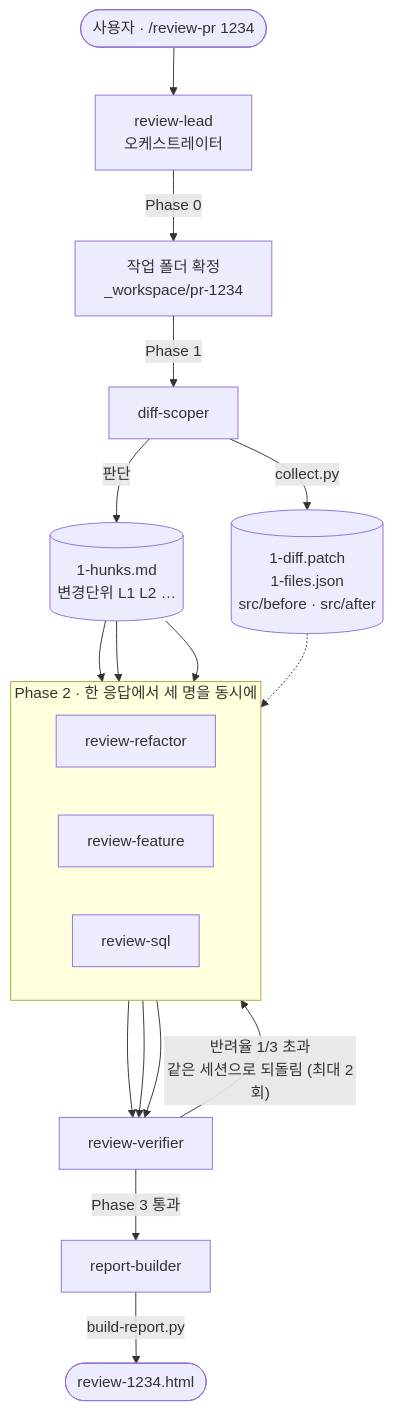
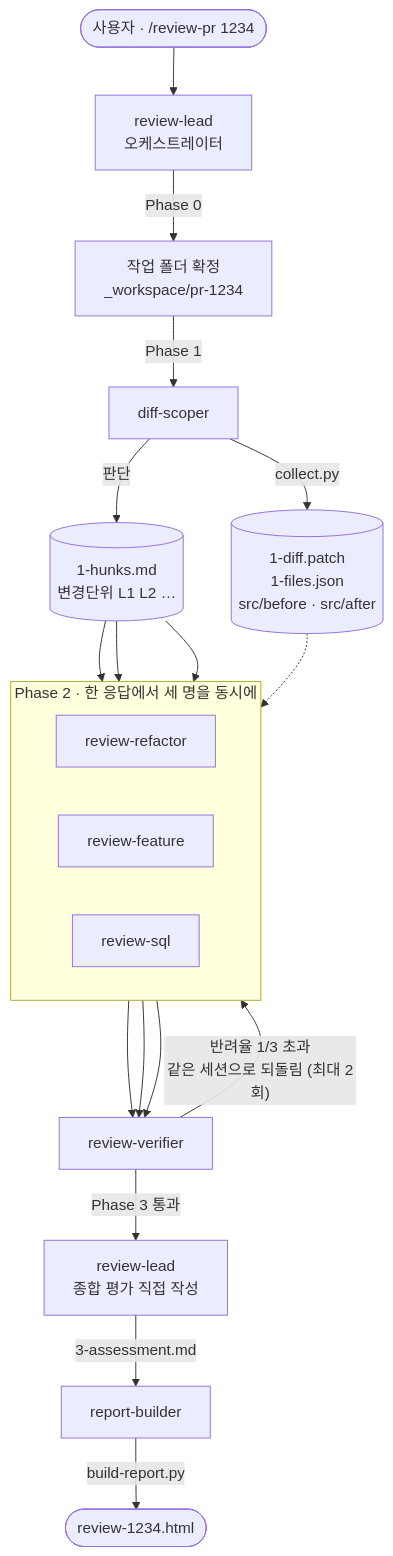
Before and after one commit to Wookshin/opencode-harness-samples: the diagram in 08-code-review-oi/docs/how-it-works.md, drawn with Mermaid. The commit also changed other lines of this file and 9 other files, not shown here.

````diff
--- a/08-code-review-oi/docs/how-it-works.md
+++ b/08-code-review-oi/docs/how-it-works.md
@@ -43,28 +43,29 @@
 ```mermaid
 flowchart TD
     U(["사용자 · /review-pr 1234"]) --> L["review-lead<br/>오케스트레이터"]
     L -- "Phase 0" --> W["작업 폴더 확정<br/>_workspace/pr-1234"]
     W -- "Phase 1" --> S["diff-scoper"]
     S -- "collect.py" --> F[("1-diff.patch<br/>1-files.json<br/>src/before · src/after")]
     S -- "판단" --> H[("1-hunks.md<br/>변경단위 L1 L2 …")]
 
     subgraph P2 ["Phase 2 · 한 응답에서 세 명을 동시에"]
         direction LR
         R1["review-refactor"]
         R2["review-feature"]
         R3["review-sql"]
     end
 
     H --> R1
     H --> R2
     H --> R3
     F -.-> P2
 
     R1 --> V["review-verifier"]
     R2 --> V
     R3 --> V
 
     V -- "반려율 1/3 초과<br/>같은 세션으로 되돌림 (최대 2회)" --> P2
-    V -- "Phase 3 통과" --> B["report-builder"]
+    V -- "Phase 3 통과" --> A2["review-lead<br/>종합 평가 직접 작성"]
+    A2 -- "3-assessment.md" --> B["report-builder"]
     B -- "build-report.py" --> O(["review-1234.html"])
 ```
````
